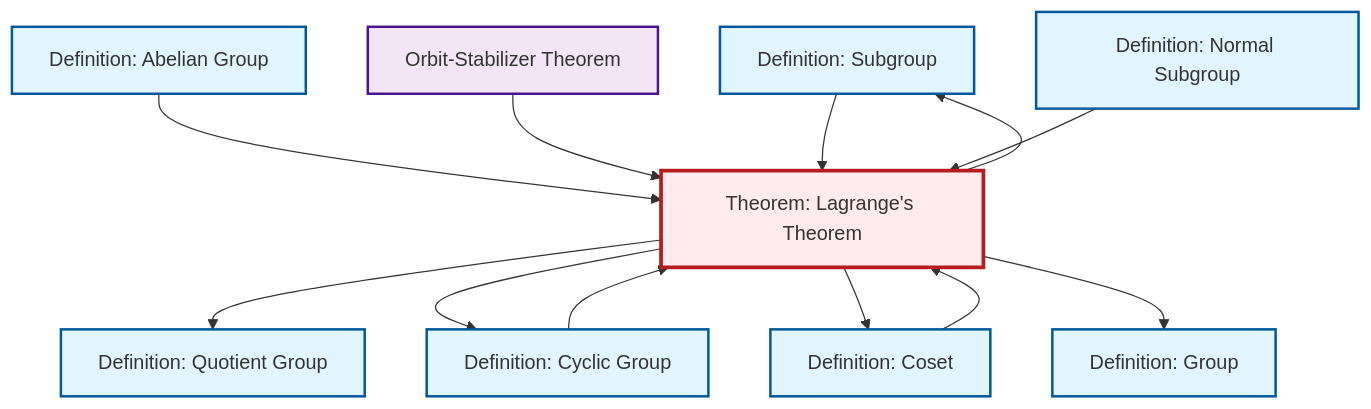
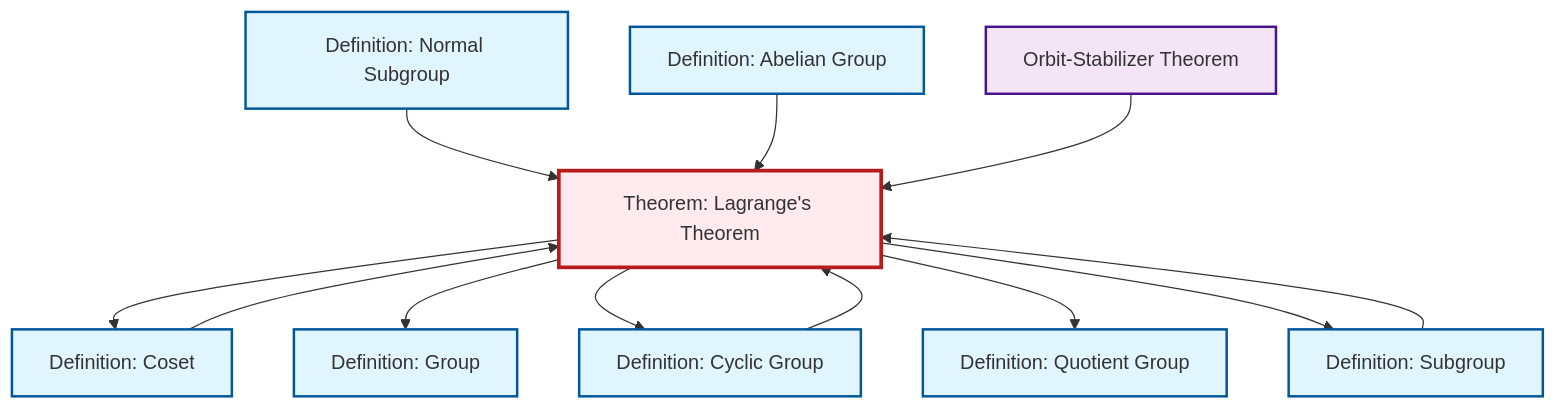
One commit to RK0429/ModernMath changed the diagram in content/ja/algebra/thm-lagrange.qmd. Above: the diagram before and after it, drawn with Mermaid. The commit also changed other lines of this file and 491 other files, not shown here.

````diff
--- a/content/ja/algebra/thm-lagrange.qmd
+++ b/content/ja/algebra/thm-lagrange.qmd
@@ -44,38 +44,38 @@
 ```{mermaid}
 %%| fig-cap: "Local dependency graph"
 graph TD
     classDef definition fill:#e1f5fe,stroke:#01579b,stroke-width:2px
     classDef theorem fill:#f3e5f5,stroke:#4a148c,stroke-width:2px
     classDef axiom fill:#fff3e0,stroke:#e65100,stroke-width:2px
     classDef example fill:#e8f5e9,stroke:#1b5e20,stroke-width:2px
     classDef current fill:#ffebee,stroke:#b71c1c,stroke-width:3px
+    def-abelian-group["Definition: Abelian Group"]:::definition
+    def-cyclic-group["Definition: Cyclic Group"]:::definition
+    def-normal-subgroup["Definition: Normal Subgroup"]:::definition
+    def-subgroup["Definition: Subgroup"]:::definition
+    def-coset["Definition: Coset"]:::definition
     def-group["Definition: Group"]:::definition
-    def-subgroup["Definition: Subgroup"]:::definition
-    def-cyclic-group["Definition: Cyclic Group"]:::definition
+    thm-orbit-stabilizer["Orbit-Stabilizer Theorem"]:::theorem
     thm-lagrange["Theorem: Lagrange's Theorem"]:::theorem
-    def-abelian-group["Definition: Abelian Group"]:::definition
-    thm-orbit-stabilizer["Orbit-Stabilizer Theorem"]:::theorem
-    def-coset["Definition: Coset"]:::definition
-    def-normal-subgroup["Definition: Normal Subgroup"]:::definition
     def-quotient-group["Definition: Quotient Group"]:::definition
-    def-abelian-group --> thm-lagrange
-    thm-lagrange --> def-quotient-group
-    def-cyclic-group --> thm-lagrange
-    thm-lagrange --> def-cyclic-group
-    thm-orbit-stabilizer --> thm-lagrange
-    def-subgroup --> thm-lagrange
-    def-coset --> thm-lagrange
-    thm-lagrange --> def-subgroup
-    def-normal-subgroup --> thm-lagrange
     thm-lagrange --> def-coset
     thm-lagrange --> def-group
+    def-coset --> thm-lagrange
+    thm-lagrange --> def-cyclic-group
+    def-normal-subgroup --> thm-lagrange
+    thm-lagrange --> def-quotient-group
+    def-subgroup --> thm-lagrange
+    def-abelian-group --> thm-lagrange
+    thm-lagrange --> def-subgroup
+    def-cyclic-group --> thm-lagrange
+    thm-orbit-stabilizer --> thm-lagrange
     class thm-lagrange current
+    click def-abelian-group "def-abelian-group.html" "Definition: Abelian Groupへ"
+    click def-cyclic-group "def-cyclic-group.html" "Definition: Cyclic Groupへ"
+    click def-normal-subgroup "def-normal-subgroup.html" "Definition: Normal Subgroupへ"
+    click def-subgroup "def-subgroup.html" "Definition: Subgroupへ"
+    click def-coset "def-coset.html" "Definition: Cosetへ"
     click def-group "def-group.html" "Definition: Groupへ"
-    click def-subgroup "def-subgroup.html" "Definition: Subgroupへ"
-    click def-cyclic-group "def-cyclic-group.html" "Definition: Cyclic Groupへ"
-    click def-abelian-group "def-abelian-group.html" "Definition: Abelian Groupへ"
     click thm-orbit-stabilizer "thm-orbit-stabilizer.html" "Orbit-Stabilizer Theoremへ"
-    click def-coset "def-coset.html" "Definition: Cosetへ"
-    click def-normal-subgroup "def-normal-subgroup.html" "Definition: Normal Subgroupへ"
     click def-quotient-group "def-quotient-group.html" "Definition: Quotient Groupへ"
 ```
````
